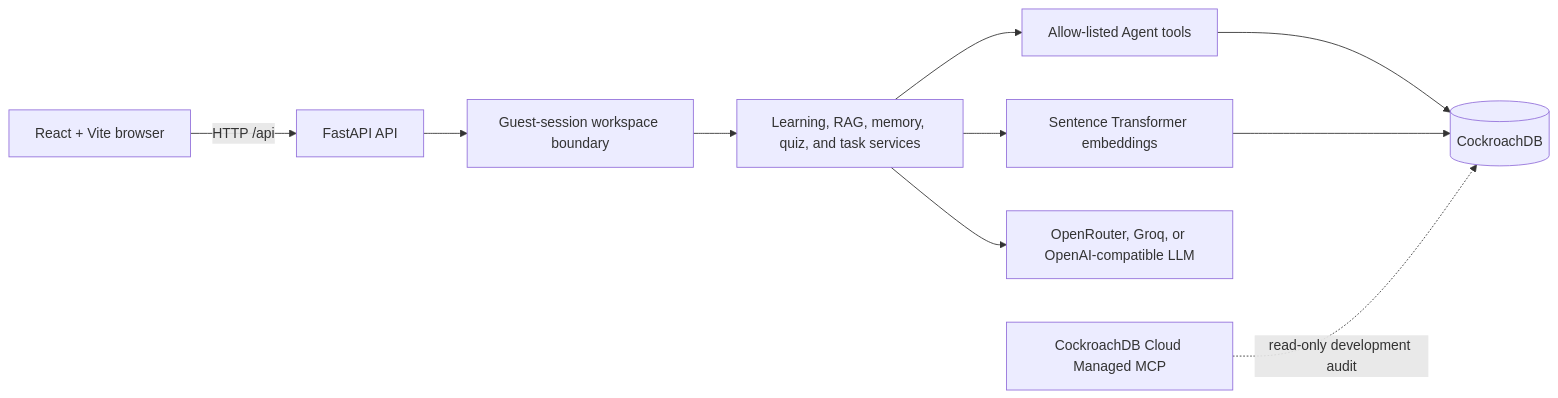
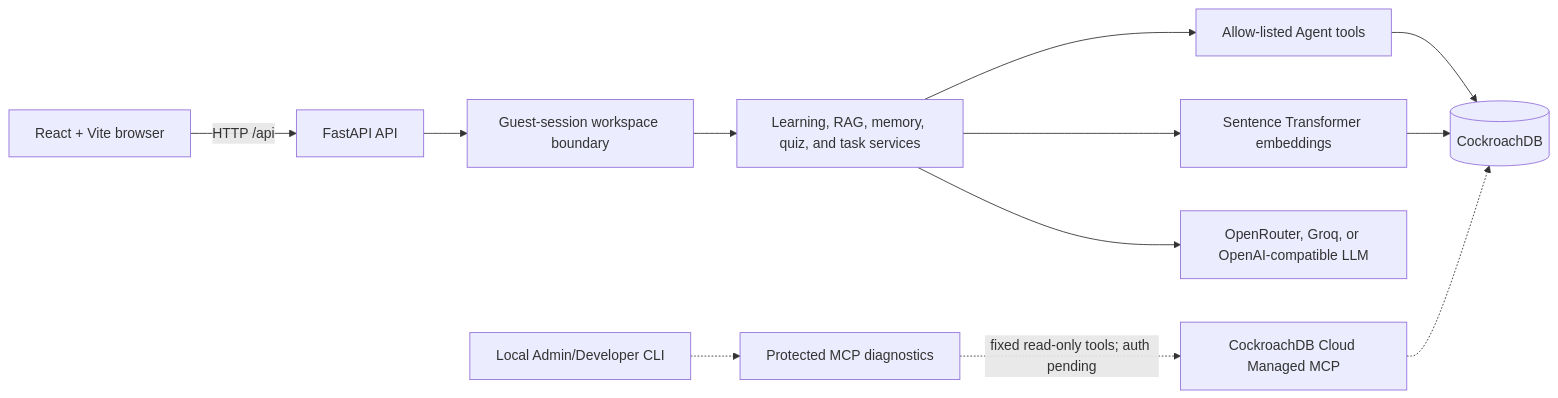
The diagram in README.md (ETHAN071104/agentbook), drawn with Mermaid before and after one commit. The commit also changed other lines of this file and 45 other files, not shown here.

````diff
--- a/README.md
+++ b/README.md
@@ -90,12 +161,14 @@
 ```mermaid
 flowchart LR
     Browser["React + Vite browser"] -->|"HTTP /api"| API["FastAPI API"]
     API --> Auth["Guest-session workspace boundary"]
     Auth --> Services["Learning, RAG, memory, quiz, and task services"]
     Services --> Tools["Allow-listed Agent tools"]
     Services --> Embed["Sentence Transformer embeddings"]
     Services --> LLM["OpenRouter, Groq, or OpenAI-compatible LLM"]
     Tools --> CRDB[("CockroachDB")]
     Embed --> CRDB
-    MCP["CockroachDB Cloud Managed MCP"] -. "read-only development audit" .-> CRDB
+    DevCLI["Local Admin/Developer CLI"] -.-> Diagnostics["Protected MCP diagnostics"]
+    Diagnostics -. "fixed read-only tools; auth pending" .-> MCP["CockroachDB Cloud Managed MCP"]
+    MCP -.-> CRDB
 ```
````
